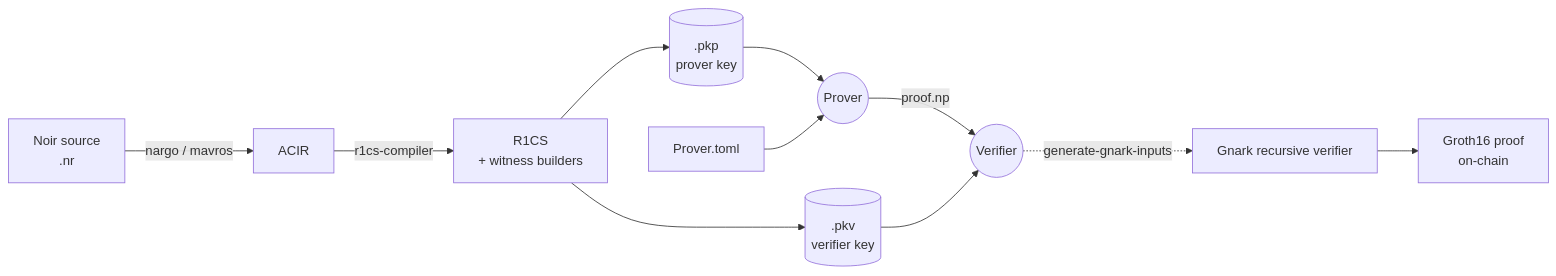
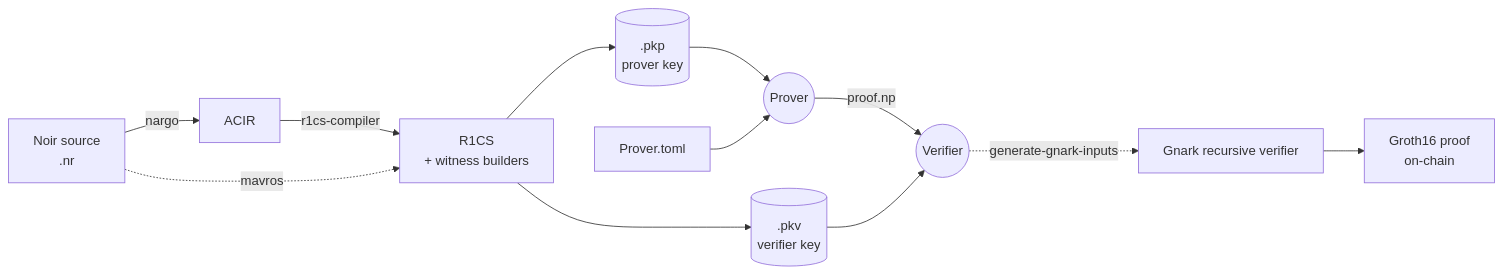
The diagram in README.md (worldfnd/provekit), drawn with Mermaid before and after one commit. The commit also changed other lines of this file and 2 other files, not shown here.

First line of the commit message:
docs(readme): address review — accurate compile flow, hash defaults, drop benchmarks block

````diff
--- a/README.md
+++ b/README.md
@@ -19,13 +19,14 @@
 ```mermaid
 graph LR
-    N[Noir source<br/>.nr] -->|nargo / mavros| ACIR[ACIR]
+    N[Noir source<br/>.nr] -->|nargo| ACIR[ACIR]
     ACIR -->|r1cs-compiler| R1CS[R1CS<br/>+ witness builders]
+    N -.->|mavros| R1CS
     R1CS --> PKP[(.pkp<br/>prover key)]
     R1CS --> PKV[(.pkv<br/>verifier key)]
     PKP --> Prover((Prover))
     Inputs[Prover.toml] --> Prover
     Prover -->|proof.np| Verifier((Verifier))
     PKV --> Verifier
     Verifier -.->|generate-gnark-inputs| Recursive[Gnark recursive verifier]
     Recursive --> G16[Groth16 proof<br/>on-chain]
 ```
````
